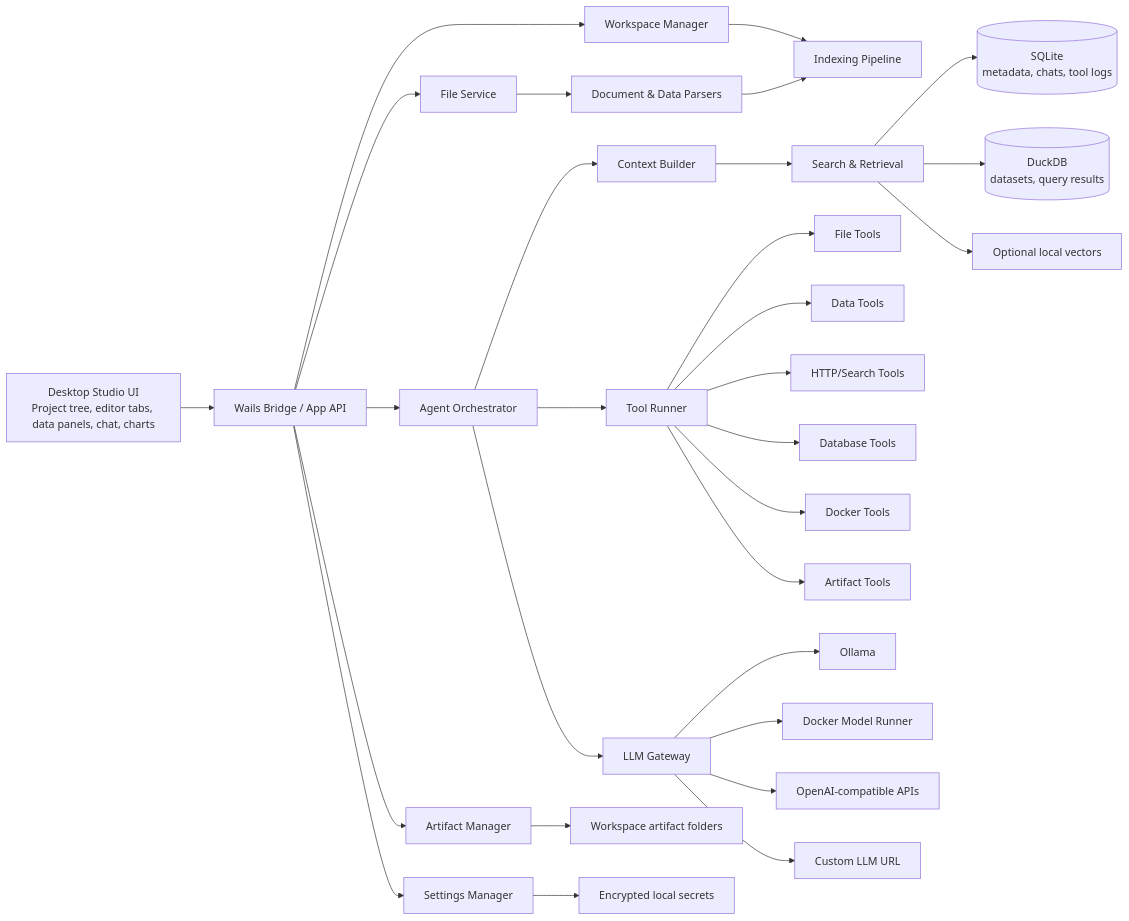
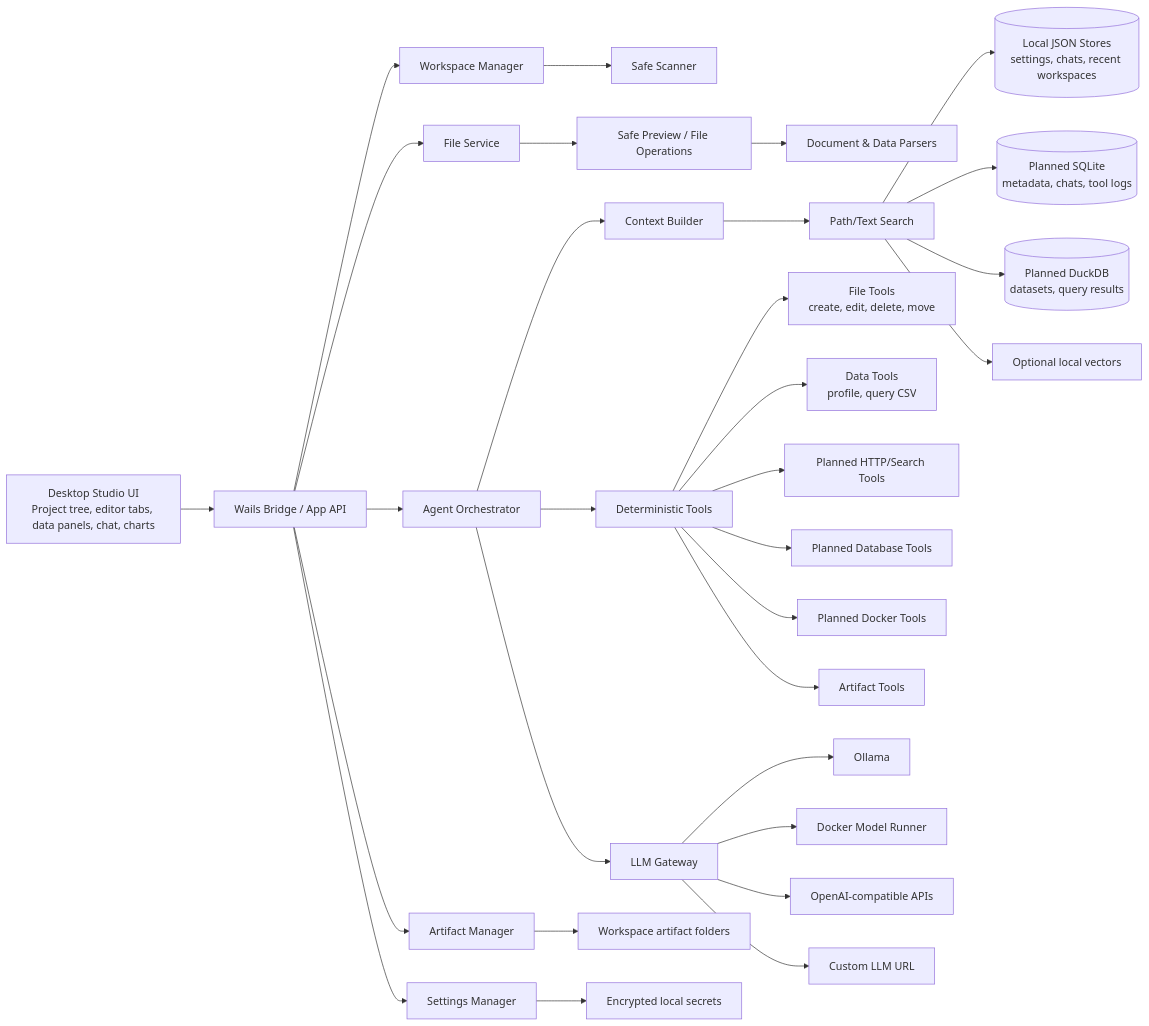
One commit to RCooLeR/NexusDesk changed the diagram in docs/02_ARCHITECTURE.md. Above: the diagram before and after it, drawn with Mermaid. The commit also changed other lines of this file and 8 other files, not shown here.

Commit message:
Align architecture docs with implementation

````diff
--- a/docs/02_ARCHITECTURE.md
+++ b/docs/02_ARCHITECTURE.md
@@ -30,38 +37,39 @@
 ```mermaid
 flowchart LR
   UI["Desktop Studio UI<br/>Project tree, editor tabs, data panels, chat, charts"] --> Bridge["Wails Bridge / App API"]
 
   Bridge --> Workspace["Workspace Manager"]
   Bridge --> Files["File Service"]
   Bridge --> Agent["Agent Orchestrator"]
   Bridge --> Artifacts["Artifact Manager"]
   Bridge --> Settings["Settings Manager"]
 
-  Workspace --> Indexer["Indexing Pipeline"]
-  Files --> Parsers["Document & Data Parsers"]
-  Parsers --> Indexer
+  Workspace --> Scanner["Safe Scanner"]
+  Files --> Previewer["Safe Preview / File Operations"]
+  Previewer --> Parsers["Document & Data Parsers"]
 
   Agent --> Context["Context Builder"]
-  Agent --> Tools["Tool Runner"]
+  Agent --> Tools["Deterministic Tools"]
   Agent --> LLM["LLM Gateway"]
 
-  Context --> Search["Search & Retrieval"]
-  Search --> AppDB[("SQLite<br/>metadata, chats, tool logs")]
-  Search --> AnalyticsDB[("DuckDB<br/>datasets, query results")]
-  Search --> VectorStore["Optional local vectors"]
+  Context --> Search["Path/Text Search"]
+  Search --> JsonStores[("Local JSON Stores<br/>settings, chats, recent workspaces")]
+  Search --> FutureAppDB[("Planned SQLite<br/>metadata, chats, tool logs")]
+  Search --> FutureAnalyticsDB[("Planned DuckDB<br/>datasets, query results")]
+  Search --> FutureVectorStore["Optional local vectors"]
 
-  Tools --> FileTools["File Tools"]
-  Tools --> DataTools["Data Tools"]
-  Tools --> WebTools["HTTP/Search Tools"]
-  Tools --> DBTools["Database Tools"]
-  Tools --> DockerTools["Docker Tools"]
+  Tools --> FileTools["File Tools<br/>create, edit, delete, move"]
+  Tools --> DataTools["Data Tools<br/>profile, query CSV"]
+  Tools --> FutureWebTools["Planned HTTP/Search Tools"]
+  Tools --> FutureDBTools["Planned Database Tools"]
+  Tools --> FutureDockerTools["Planned Docker Tools"]
   Tools --> ArtifactTools["Artifact Tools"]
 
   LLM --> Ollama["Ollama"]
   LLM --> DockerModelRunner["Docker Model Runner"]
   LLM --> OpenAICompat["OpenAI-compatible APIs"]
   LLM --> CustomGateway["Custom LLM URL"]
 
   Artifacts --> WorkspaceFiles["Workspace artifact folders"]
   Settings --> Secrets["Encrypted local secrets"]
 ```
````
